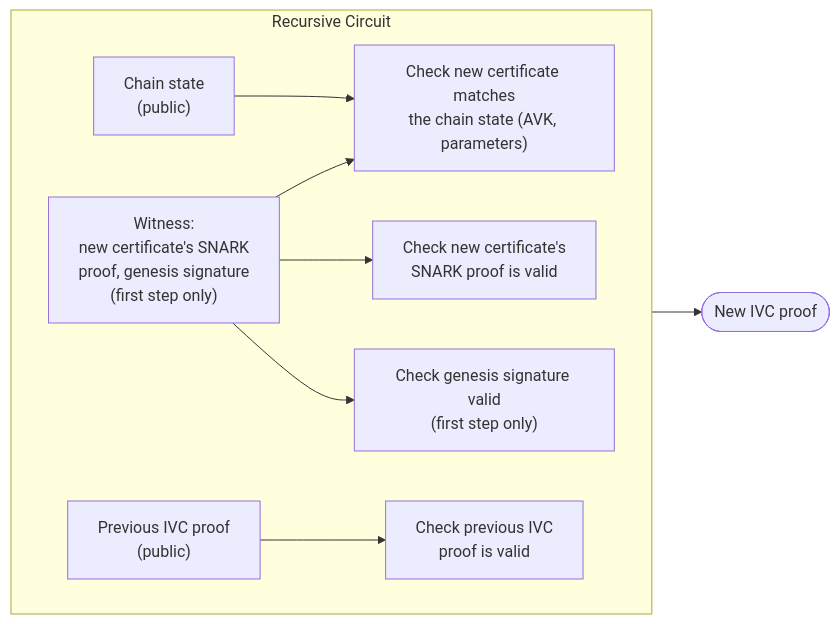
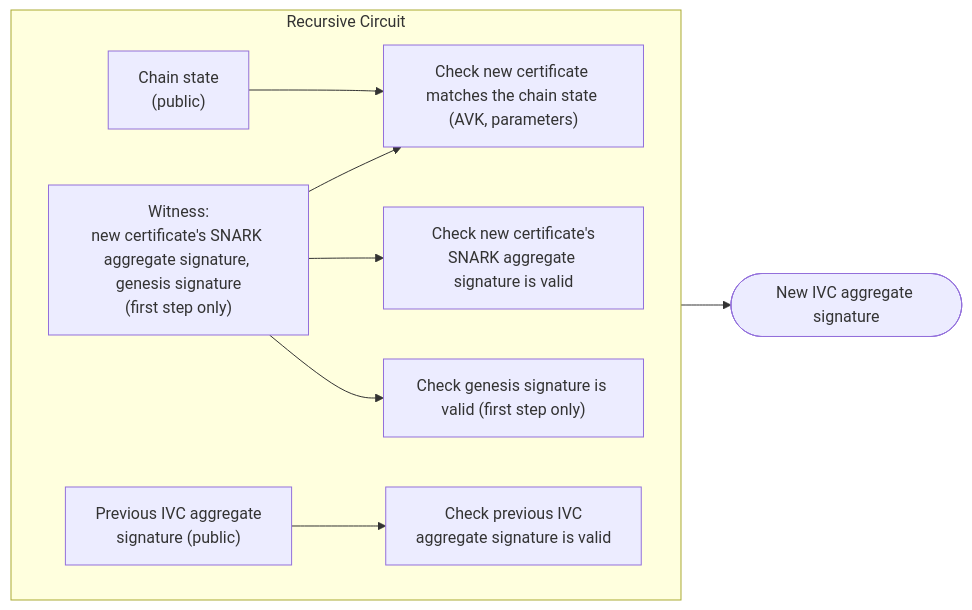
One commit to IntersectMBO/mithril changed the second of 2 diagrams in docs/website/root/mithril/advanced/mithril-protocol/aggregation/recursive_SNARK.md. Above: the diagram before and after it, drawn with Mermaid. The commit also changed other lines of this file and 1 other file, not shown here.

Commit message:
refactor(doc): tried to replace the use of proof with aggregate signature

````diff
--- a/docs/website/root/mithril/advanced/mithril-protocol/aggregation/recursive_SNARK.md
+++ b/docs/website/root/mithril/advanced/mithril-protocol/aggregation/recursive_SNARK.md
@@ -48,18 +56,18 @@
 ```mermaid
 flowchart LR
 
     subgraph Circuit["Recursive Circuit"]
         direction LR
     STATE["Chain state<br/>(public)"]
-    PREV["Previous IVC proof<br/>(public)"]
-        W["Witness:<br/>new certificate's SNARK<br/>proof, genesis signature<br/>(first step only)"] --> C1["Check new certificate matches<br/>the chain state (AVK, parameters)"]
-        W --> C2["Check new certificate's<br/>SNARK proof is valid"]
-        W --> C3["Check genesis signature valid<br/>(first step only)"]
+    PREV["Previous IVC aggregate<br/>signature (public)"]
+        W["Witness:<br/>new certificate's SNARK aggregate signature, genesis signature<br/>(first step only)"] --> C1["Check new certificate matches the chain state (AVK, parameters)"]
+        W --> C2["Check new certificate's<br/>SNARK aggregate signature is valid"]
+        W --> C3["Check genesis signature is valid (first step only)"]
     STATE --> C1
-    PREV --> C4["Check previous IVC<br/>proof is valid"]
+    PREV --> C4["Check previous IVC<br/>aggregate signature is valid"]
     end
 
 
-    Circuit --> Proof(["New IVC proof"])
+    Circuit --> Proof(["New IVC aggregate signature"])
 
 ```
````
